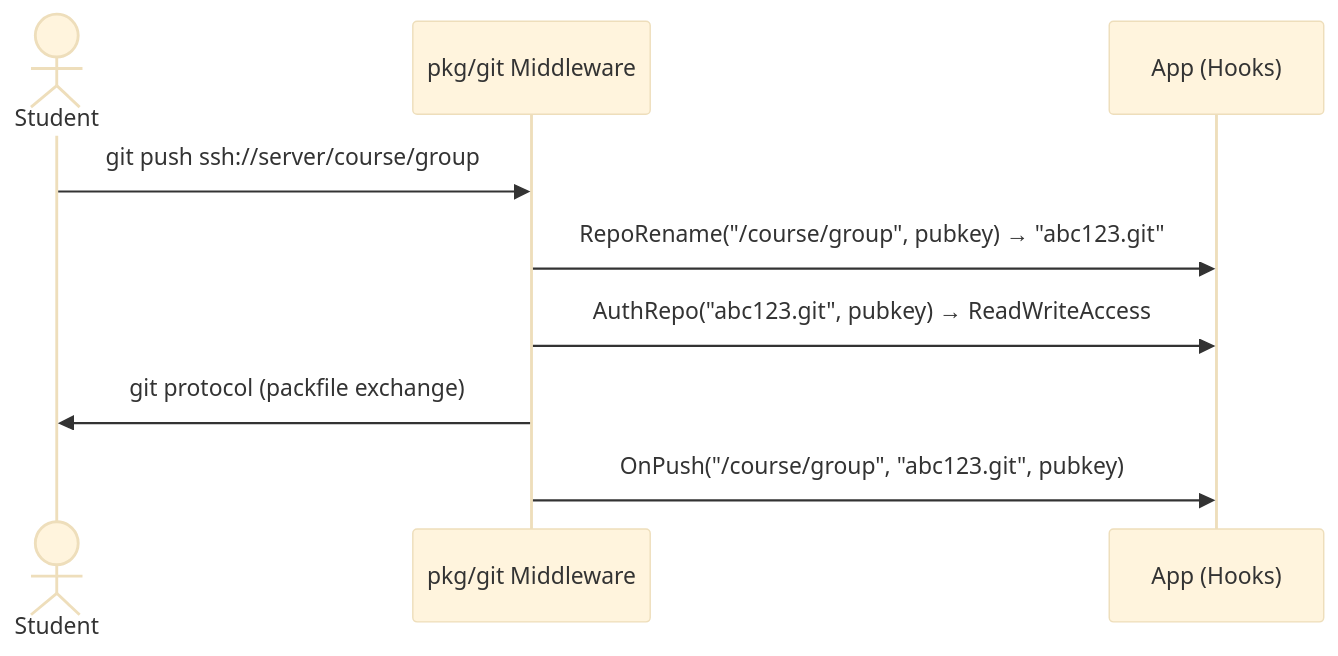
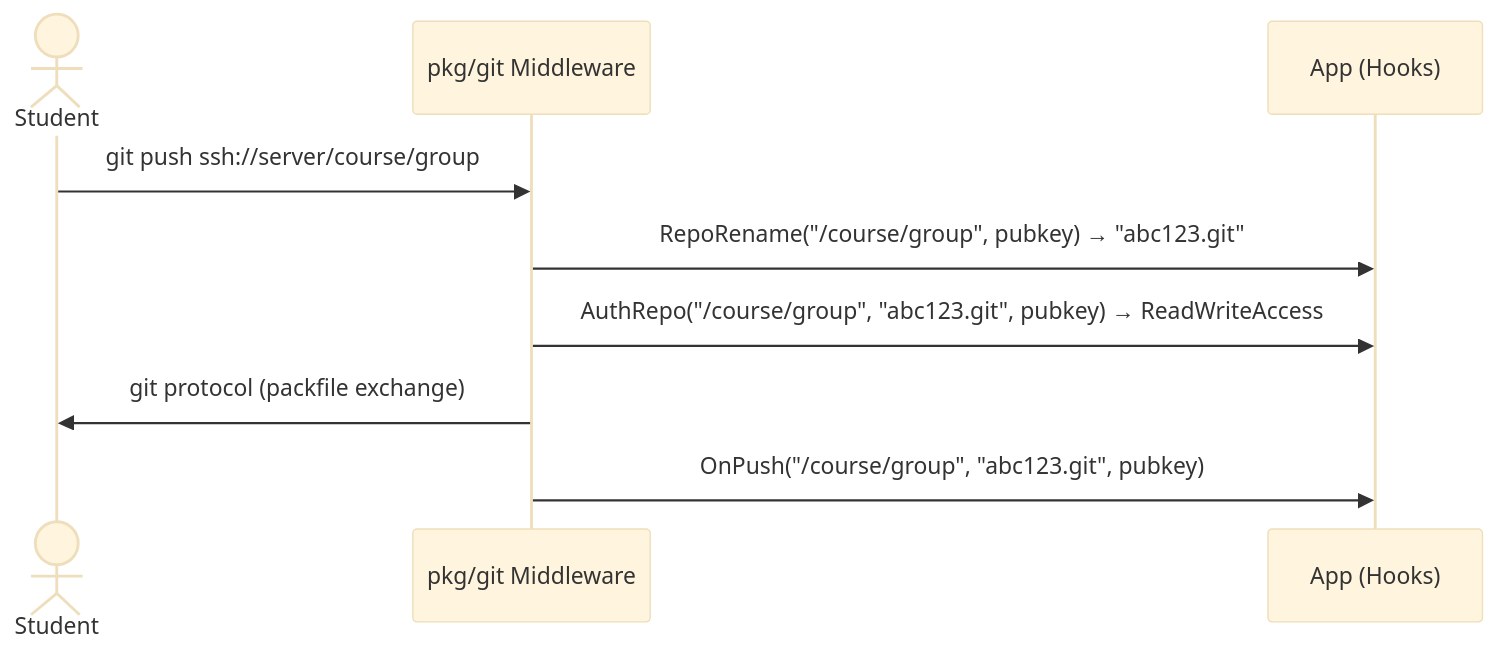
One commit to dsc-sgu/mm-backend changed the first of 2 diagrams in pkg/git/README.md. Above: the diagram before and after it, drawn with Mermaid (base theme). The commit also changed other lines of this file and 6 other files, not shown here.

Commit message:
fix: auth repo

````diff
--- a/pkg/git/README.md
+++ b/pkg/git/README.md
@@ -17,12 +17,12 @@
 ```mermaid
 sequenceDiagram
     actor Student
     participant Middleware as pkg/git Middleware
     participant Hooks as App (Hooks)
 
     Student->>Middleware: git push ssh://server/course/group
     Middleware->>Hooks: RepoRename("/course/group", pubkey) → "abc123.git"
-    Middleware->>Hooks: AuthRepo("abc123.git", pubkey) → ReadWriteAccess
+    Middleware->>Hooks: AuthRepo("/course/group", "abc123.git", pubkey) → ReadWriteAccess
     Middleware->>Student: git protocol (packfile exchange)
     Middleware->>Hooks: OnPush("/course/group", "abc123.git", pubkey)
 ```
````
